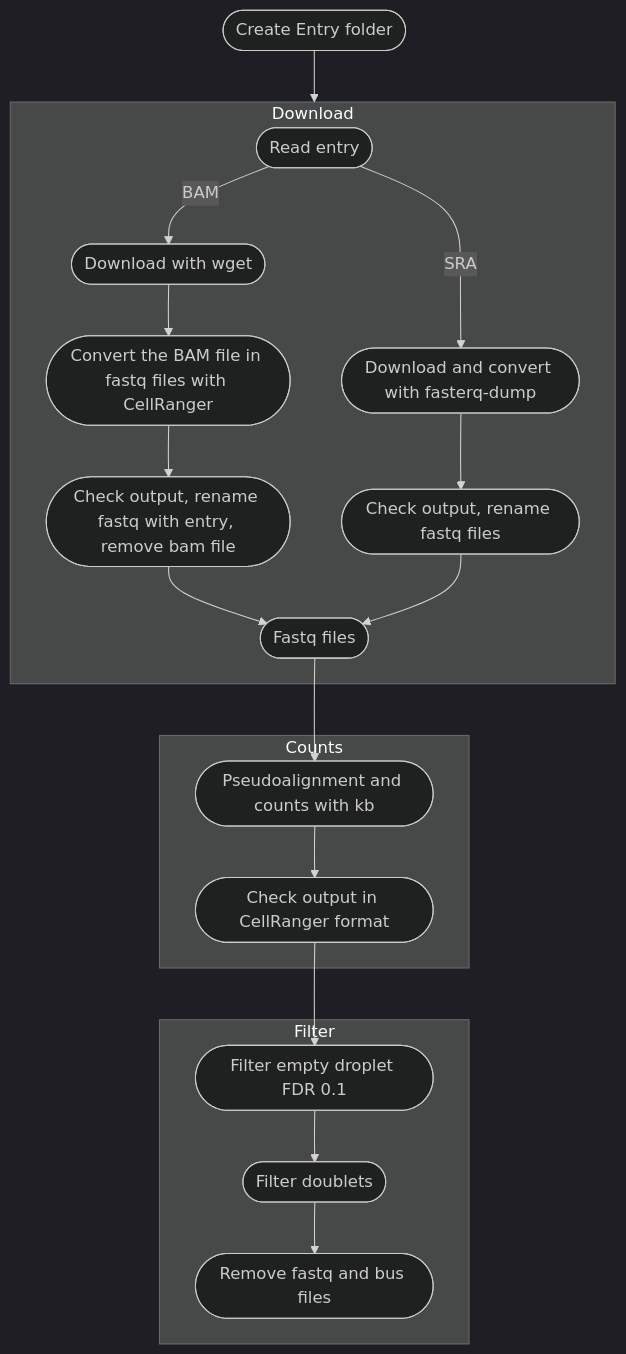
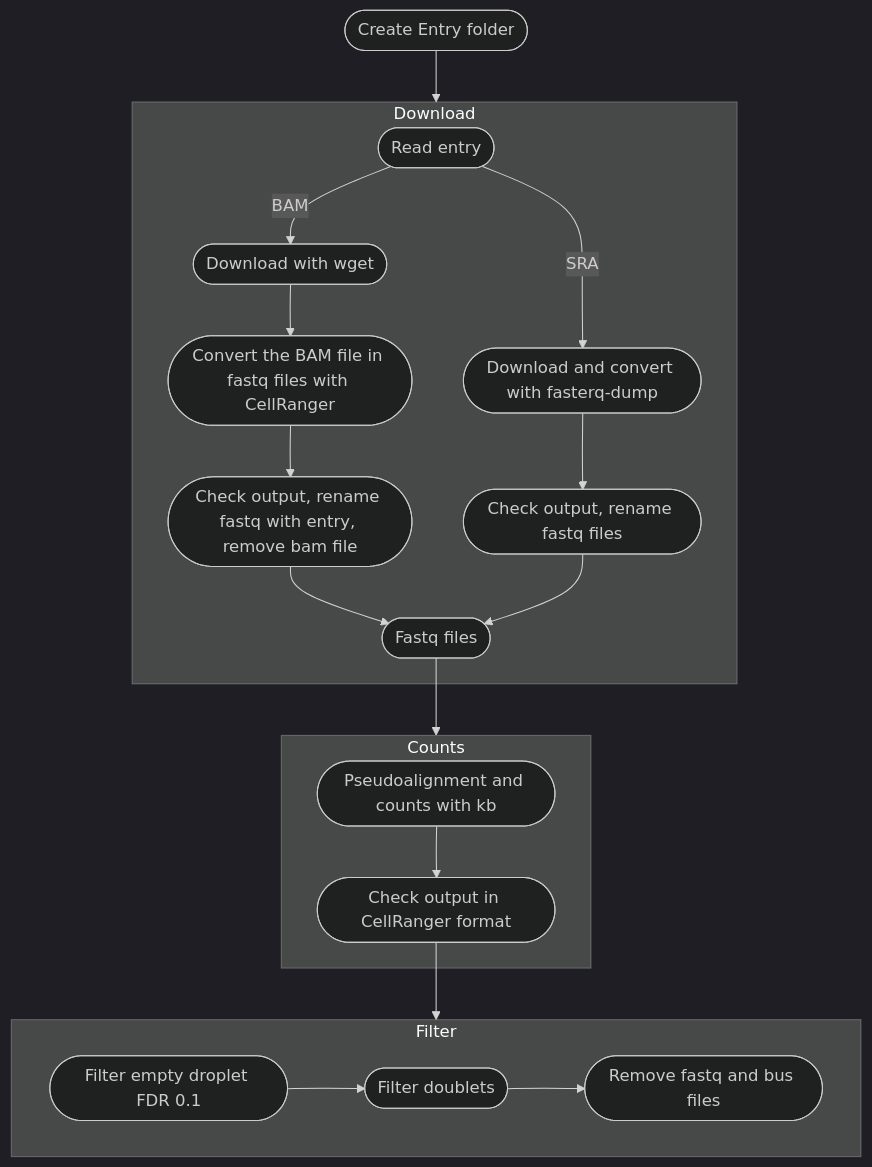
One commit to VergaJU/BoneMarrow_scRNA-Seq changed the diagram in Pre-process/README.md. Above: the diagram before and after it, drawn with Mermaid (dark theme).

````diff
--- a/Pre-process/README.md
+++ b/Pre-process/README.md
@@ -15,23 +15,26 @@
 ```mermaid
     flowchart TD
       A([Create Entry folder])
       subgraph Download
       B([Read entry]) -- BAM --> C([Download with wget])
       C --> D([Convert the BAM file in fastq files with CellRanger])
       D --> E([Check output, rename fastq with entry, remove bam file])
       E --> H([Fastq files])
       B -- SRA --> F([Download and convert with fasterq-dump])
       F --> G([Check output, rename fastq files])
+      G --> H
       end
       subgraph Counts
-      G --> H
-      H --> I([Pseudoalignment and counts with kb])
+      I([Pseudoalignment and counts with kb])
       I --> J([Check output in CellRanger format])
       end
       subgraph Filter
-      J --> K([Filter empty droplet FDR 0.1])
+      K([Filter empty droplet FDR 0.1])
       K --> L([Filter doublets])
       L --> M([Remove fastq and bus files])
       end
      A --> Download
+     H --> Counts
+     J --> Filter
+
 ```
````
